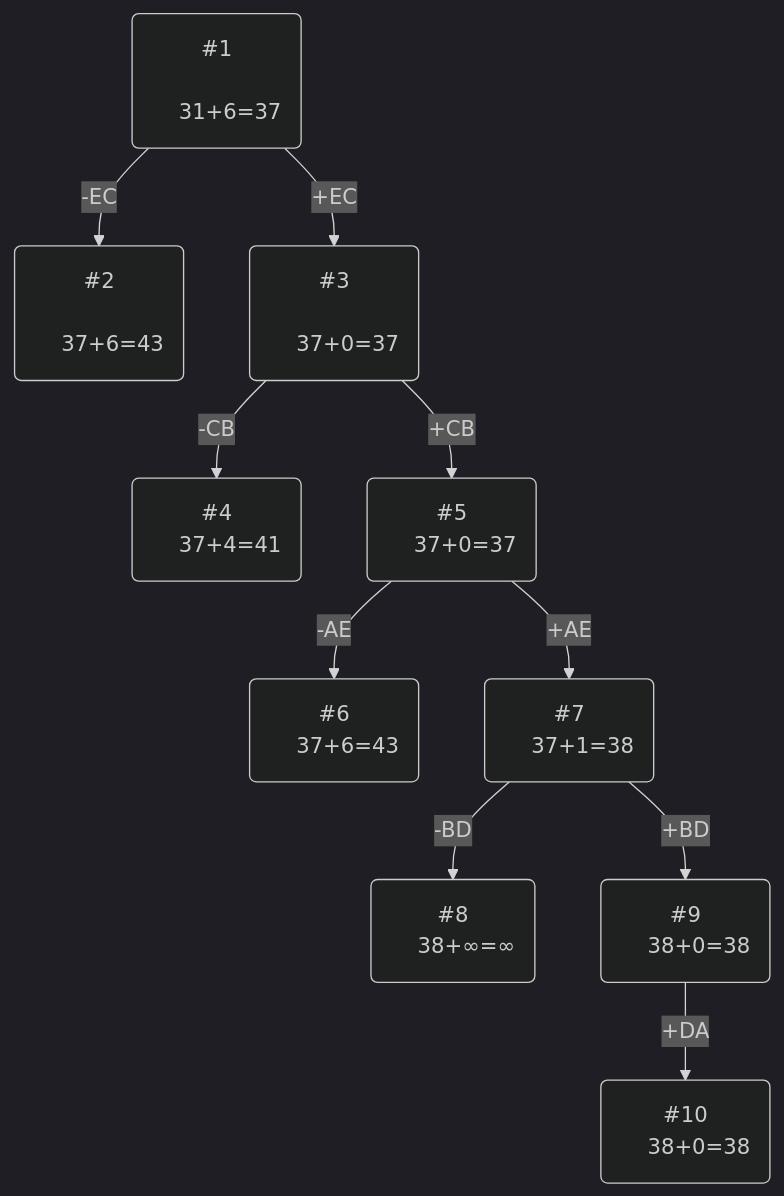
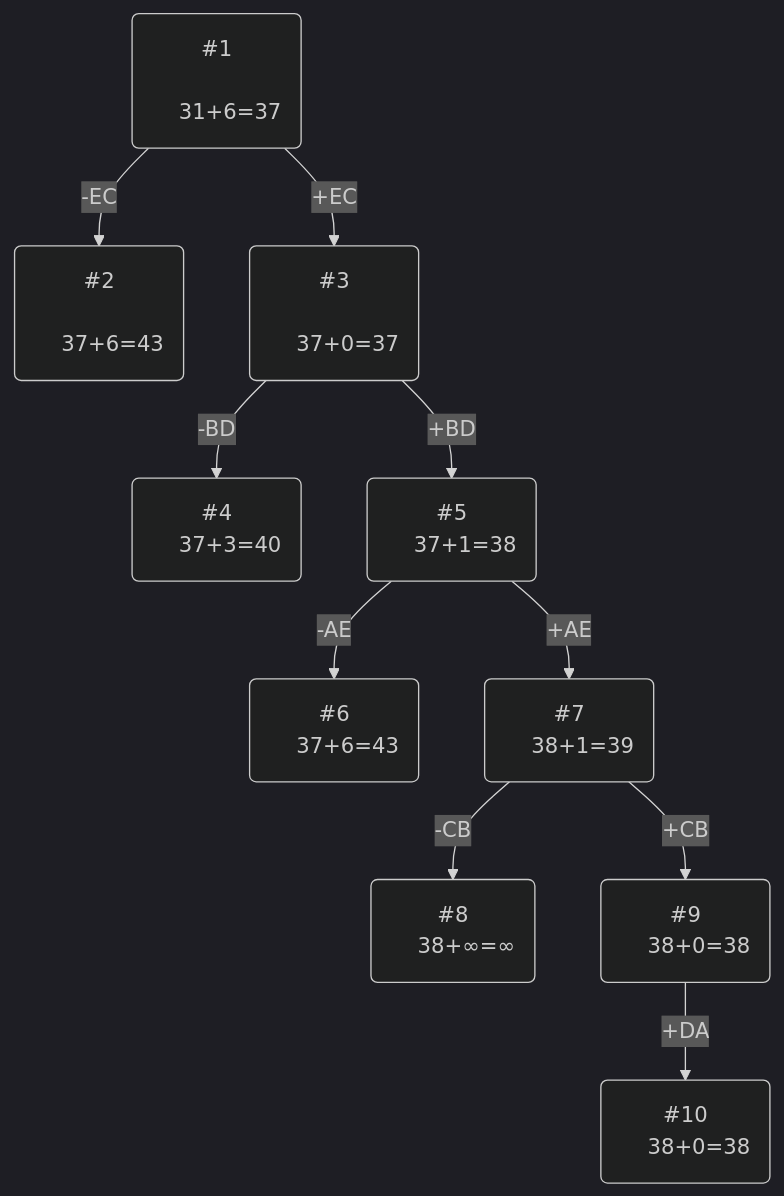
The diagram in task-12/imposters.md (hse-algo-24-crow/manual-tasks-crow), drawn with Mermaid (dark theme) before and after one commit. The commit also changed other lines of this file, not shown here.

````diff
--- a/task-12/imposters.md
+++ b/task-12/imposters.md
@@ -86,27 +86,27 @@
 ```mermaid
 
 graph TB
 
     1(#1
 
     31+6=37)-->|+EC|3(#3
 
-    37+0=37)-->|-CB|4(#4
-    37+4=41)
-    
-    3-->|+CB|5(#5
-    37+0=37)-->|-AE|6(#6
+    37+0=37)-->|-BD|4(#4
+    37+3=40)
+   
+    3-->|+BD|5(#5
+    37+1=38)-->|-AE|6(#6
     37+6=43)
     5-->|+AE|7(#7
-    37+1=38)-->|-BD|8(#8
+    38+1=39)-->|-CB|8(#8
     38+∞=∞)
-    7-->|+BD|9(#9
+    7-->|+CB|9(#9
     38+0=38)-->|+DA|10(#10
     38+0=38)
 
     1-->|-EC|2(#2
 
     37+6=43)
    
 
 ```
````
